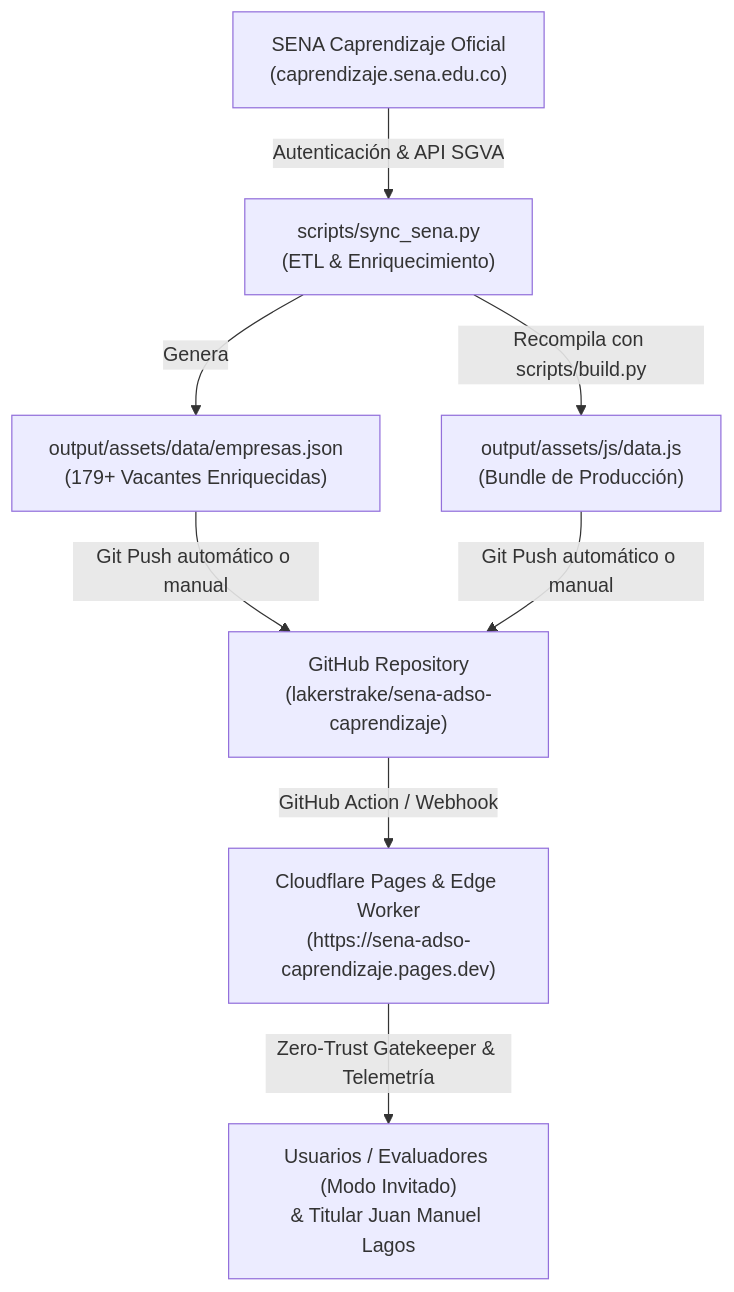
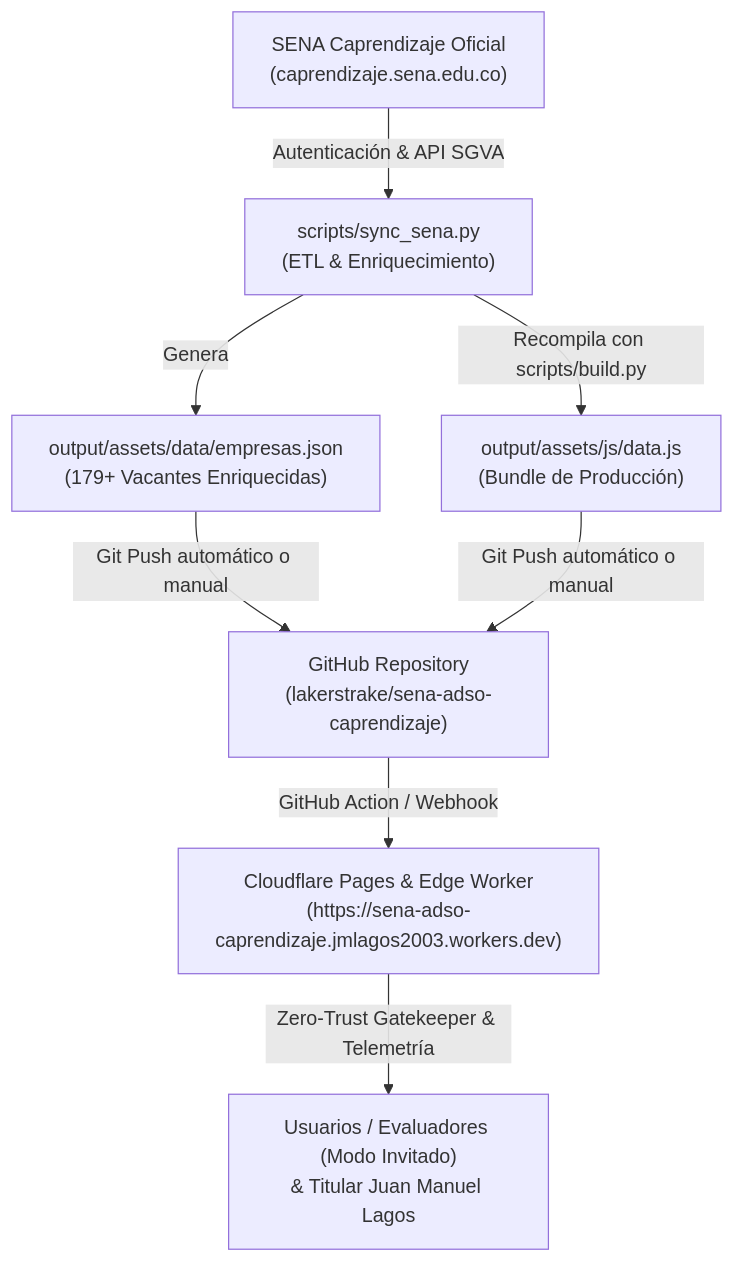
Before and after one commit to lakerstrake/sena-adso-caprendizaje: the diagram in docs/SYNC_PIPELINE.md, drawn with Mermaid. The commit also changed 5 other files, not shown here.

````diff
--- a/docs/SYNC_PIPELINE.md
+++ b/docs/SYNC_PIPELINE.md
@@ -9,9 +9,9 @@
 ```mermaid
 flowchart TD
     A["SENA Caprendizaje Oficial\n(caprendizaje.sena.edu.co)"] -->|Autenticación & API SGVA| B["scripts/sync_sena.py\n(ETL & Enriquecimiento)"]
     B -->|Genera| C["output/assets/data/empresas.json\n(179+ Vacantes Enriquecidas)"]
     B -->|Recompila con scripts/build.py| D["output/assets/js/data.js\n(Bundle de Producción)"]
     C & D -->|Git Push automático o manual| E["GitHub Repository\n(lakerstrake/sena-adso-caprendizaje)"]
-    E -->|GitHub Action / Webhook| F["Cloudflare Pages & Edge Worker\n(https://sena-adso-caprendizaje.pages.dev)"]
+    E -->|GitHub Action / Webhook| F["Cloudflare Pages & Edge Worker\n(https://sena-adso-caprendizaje.jmlagos2003.workers.dev)"]
     F -->|Zero-Trust Gatekeeper & Telemetría| G["Usuarios / Evaluadores (Modo Invitado)\n& Titular Juan Manuel Lagos"]
 ```
````
